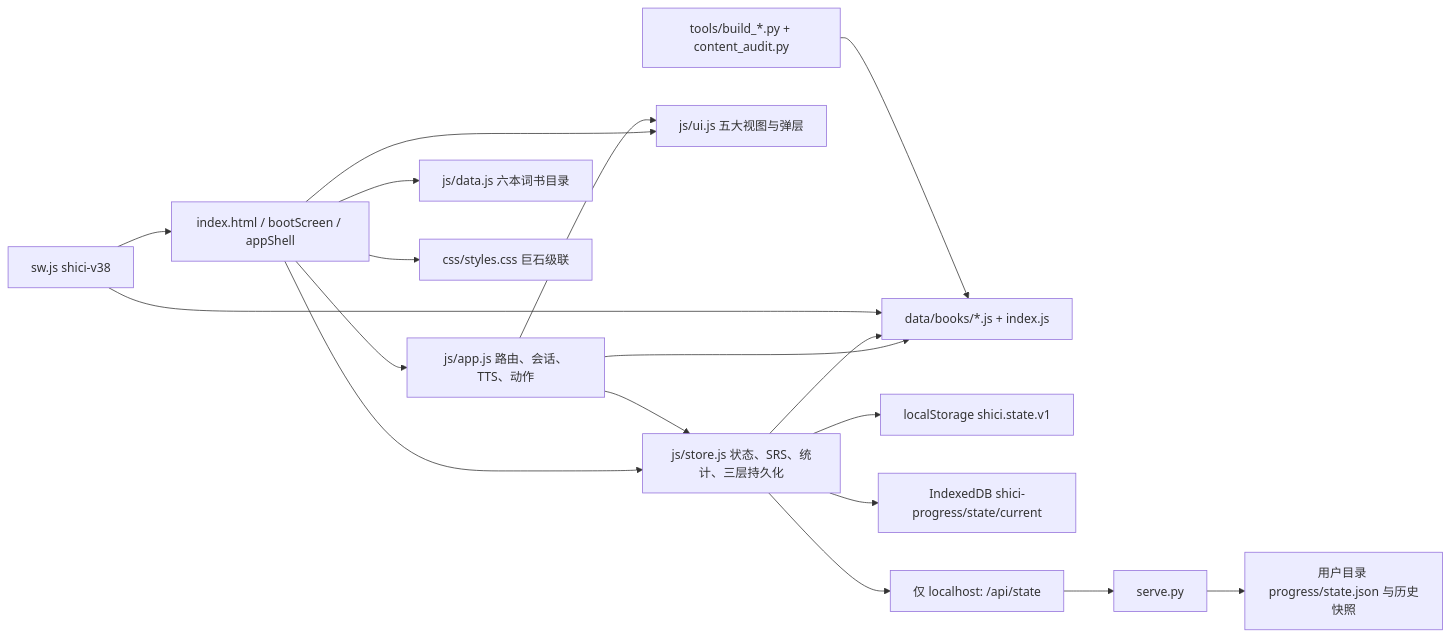
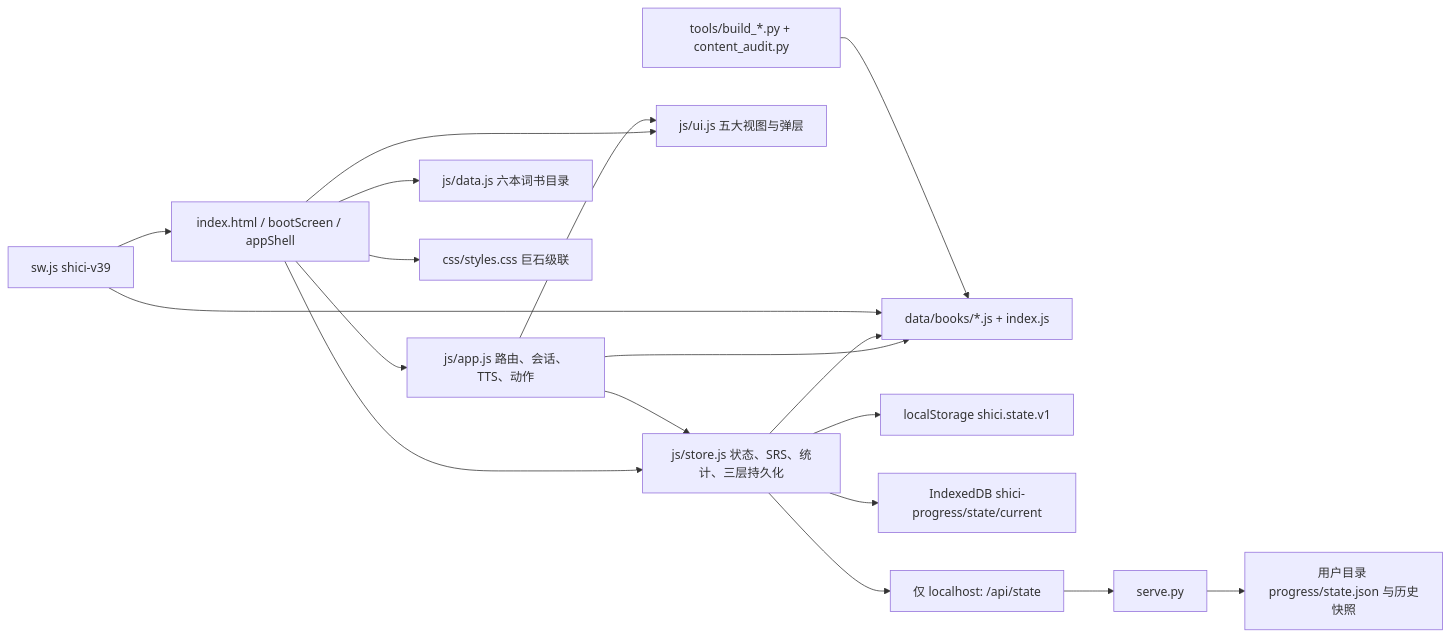
The first of 7 diagrams in docs/system_design.md (weijialiang2023/shici), drawn with Mermaid before and after one commit. The commit also changed other lines of this file and 12 other files, not shown here.

````diff
--- a/docs/system_design.md
+++ b/docs/system_design.md
@@ -11,20 +11,20 @@
 ```mermaid
 flowchart LR
     H[index.html / bootScreen / appShell] --> A[js/app.js 路由、会话、TTS、动作]
     H --> S[js/store.js 状态、SRS、统计、三层持久化]
     H --> U[js/ui.js 五大视图与弹层]
     H --> D[js/data.js 六本词书目录]
     H --> CSS[css/styles.css 巨石级联]
     A --> S
     A --> U
     A --> B[data/books/*.js + index.js]
     S --> B
     S --> L[localStorage shici.state.v1]
     S --> I[IndexedDB shici-progress/state/current]
     S --> API[仅 localhost: /api/state]
     API --> PY[serve.py]
     PY --> P[用户目录 progress/state.json 与历史快照]
-    SW[sw.js shici-v38] --> H
+    SW[sw.js shici-v39] --> H
     SW --> B
     ETL[tools/build_*.py + content_audit.py] --> B
 ```
````
